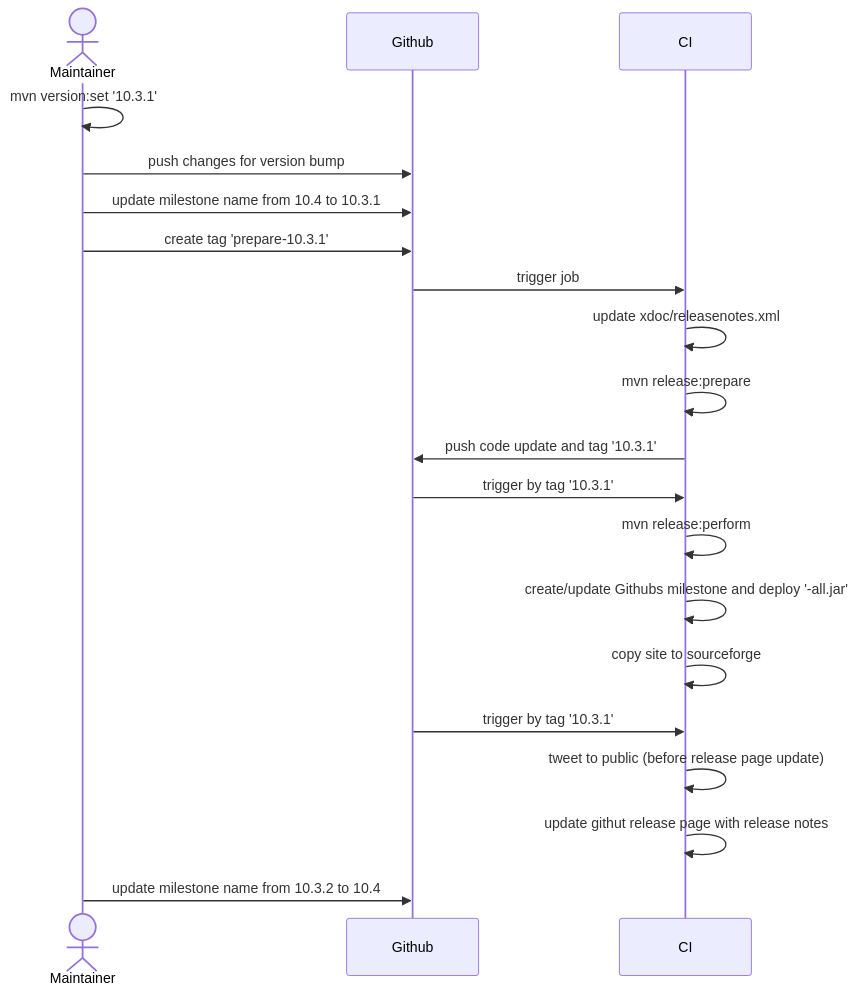
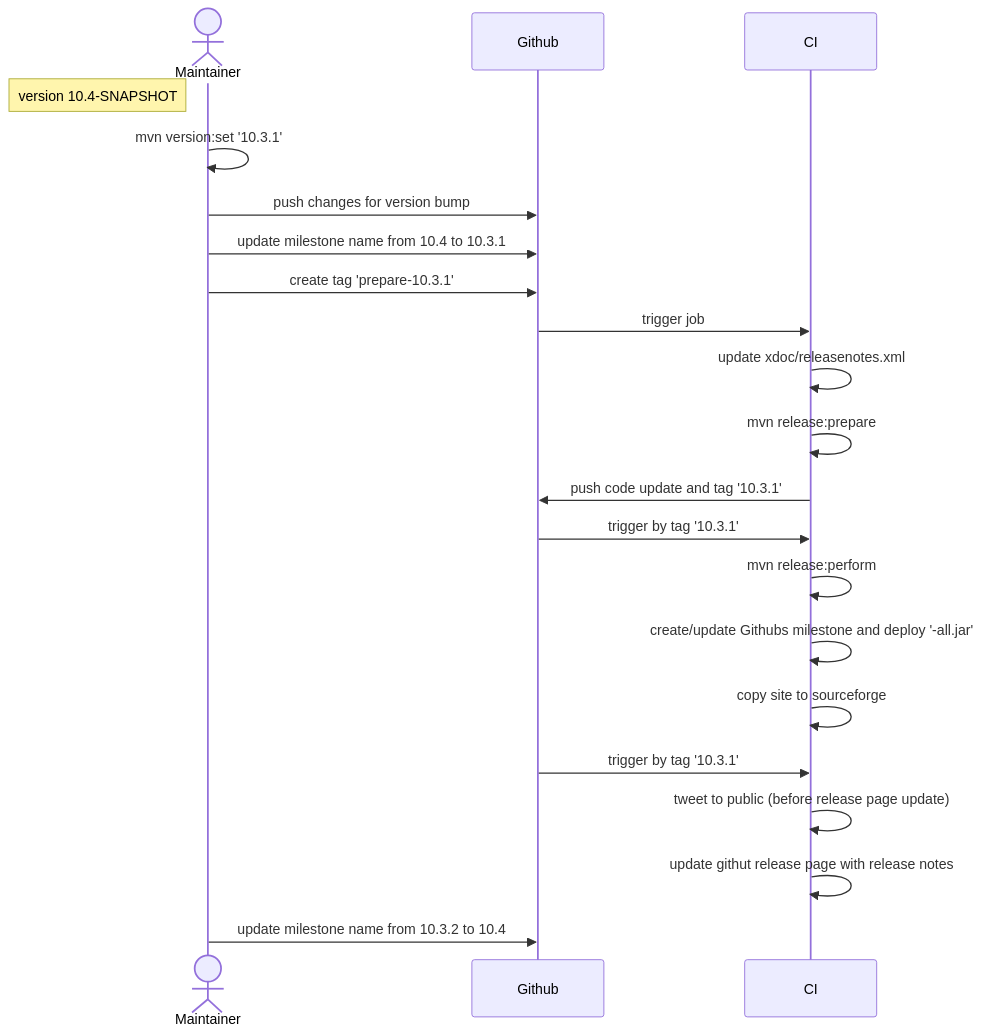
Before and after one commit to checkstyle/contribution: the diagram in releasenotes-builder/diagrams.md, drawn with Mermaid.

Commit message:
doc: diagram define - initial version

````diff
--- a/releasenotes-builder/diagrams.md
+++ b/releasenotes-builder/diagrams.md
@@ -5,25 +5,26 @@
 ```mermaid
 sequenceDiagram
     actor Maintainer
     participant Github
     participant CI
+    Note left of Maintainer: version 10.4-SNAPSHOT
     Maintainer->>Maintainer: mvn version:set '10.3.1'
     Maintainer->>Github: push changes for version bump
     Maintainer->>Github: update milestone name from 10.4 to 10.3.1
     Maintainer->>Github: create tag 'prepare-10.3.1'
     Github->>CI: trigger job
     CI->>CI: update xdoc/releasenotes.xml
     CI->>CI: mvn release:prepare
     CI->>Github: push code update and tag '10.3.1'
 
     Github->>CI: trigger by tag '10.3.1'
     CI->>CI: mvn release:perform
     CI->>CI: create/update Githubs milestone and deploy '-all.jar'
     CI->>CI: copy site to sourceforge
 
     Github->>CI: trigger by tag '10.3.1'
     CI->>CI: tweet to public (before release page update)
     CI->>CI: update githut release page with release notes
 
     Maintainer->>Github: update milestone name from 10.3.2 to 10.4
 ```
````
